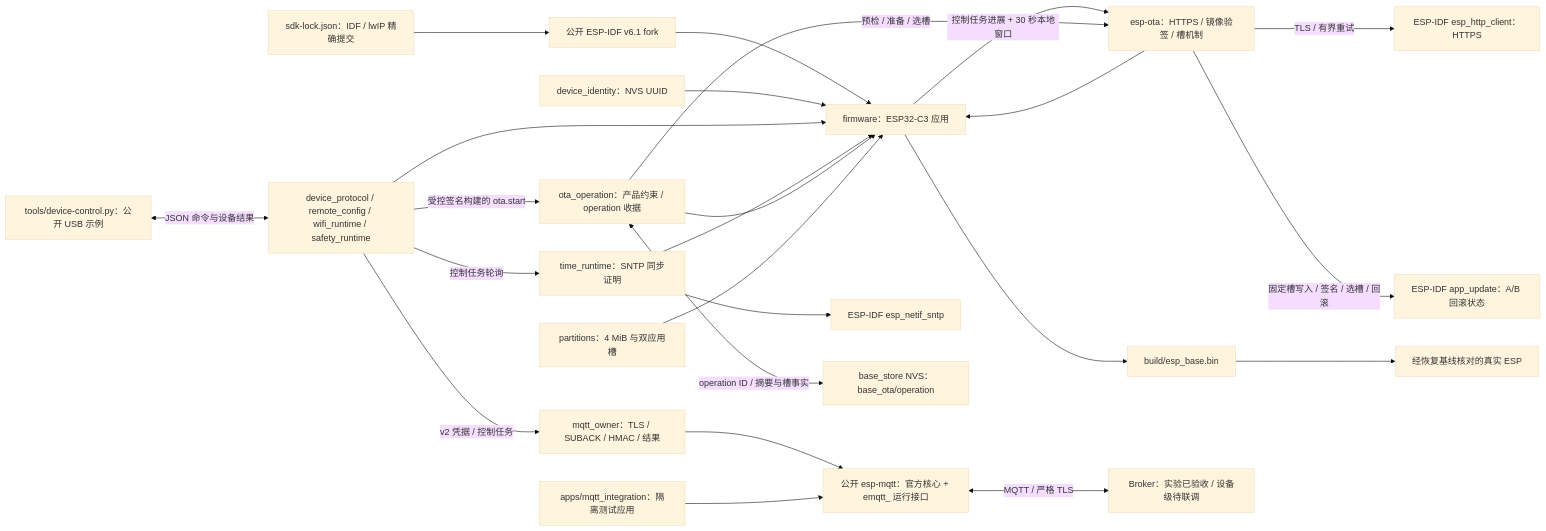
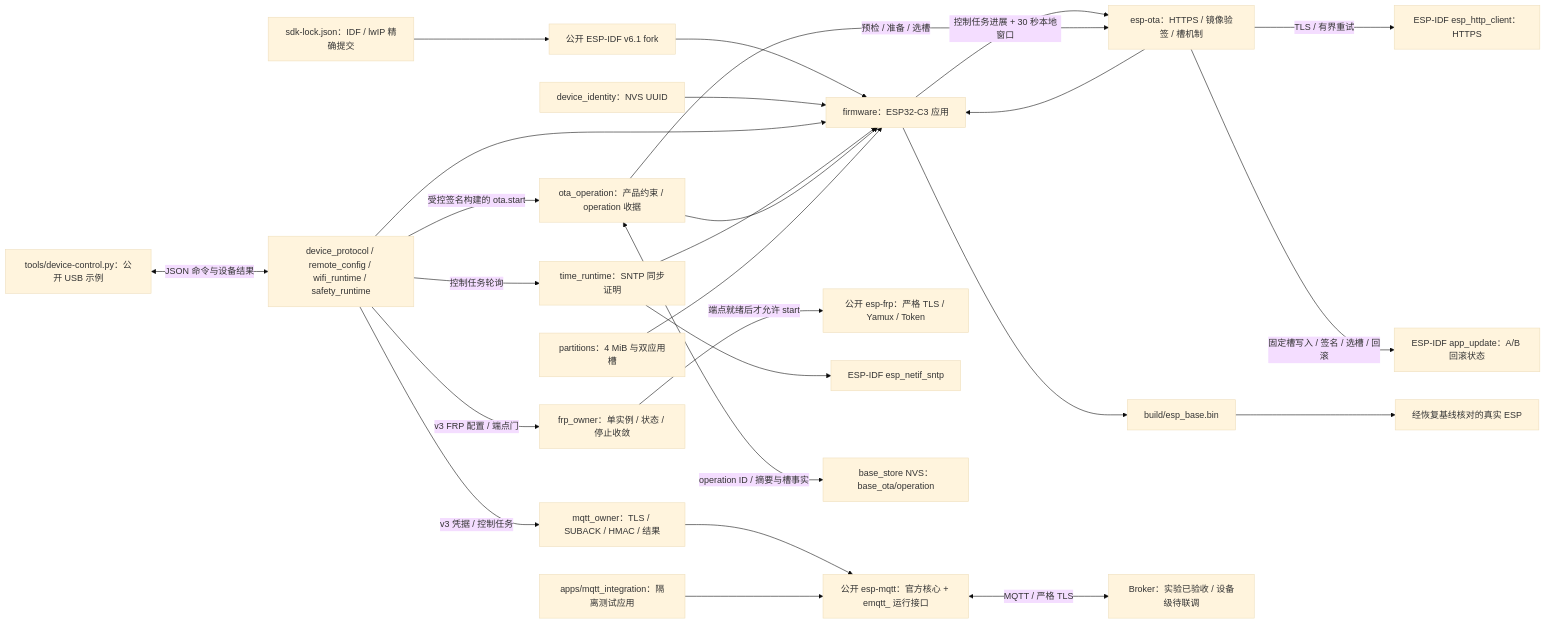
Before and after one commit to darren-you/esp-base: the diagram in README.md, drawn with Mermaid (base theme). The commit also changed other lines of this file and 31 other files, not shown here.

````diff
--- a/README.md
+++ b/README.md
@@ -7,26 +7,28 @@
 ```mermaid
 flowchart LR
     sdk_lock["sdk-lock.json：IDF / lwIP 精确提交"] --> sdk["公开 ESP-IDF v6.1 fork"]
     sdk --> firmware["firmware：ESP32-C3 应用"]
     identity["device_identity：NVS UUID"] --> firmware
     state["device_protocol / remote_config / wifi_runtime / safety_runtime"] --> firmware
-    state -->|"v2 凭据 / 控制任务"| mqtt_owner["mqtt_owner：TLS / SUBACK / HMAC / 结果"]
+    state -->|"v3 凭据 / 控制任务"| mqtt_owner["mqtt_owner：TLS / SUBACK / HMAC / 结果"]
     mqtt_owner --> mqtt
+    state -->|"v3 FRP 配置 / 端点门"| frp_owner["frp_owner：单实例 / 状态 / 停止收敛"]
+    frp_owner -->|"端点就绪后才允许 start"| frp["公开 esp-frp：严格 TLS / Yamux / Token"]
     time["time_runtime：SNTP 同步证明"] --> firmware
     state -->|"控制任务轮询"| time
     time --> idf_time["ESP-IDF esp_netif_sntp"]
     ota["esp-ota：HTTPS / 镜像验签 / 槽机制"] --> firmware
     receipt["ota_operation：产品约束 / operation 收据"] --> firmware
     firmware -->|"控制任务进展 + 30 秒本地窗口"| ota
     state -->|"受控签名构建的 ota.start"| receipt
     receipt -->|"预检 / 准备 / 选槽"| ota
     ota -->|"TLS / 有界重试"| https["ESP-IDF esp_http_client：HTTPS"]
     ota -->|"固定槽写入 / 签名 / 选槽 / 回滚"| slot["ESP-IDF app_update：A/B 回滚状态"]
     receipt <-->|"operation ID / 摘要与槽事实"| nvs["base_store NVS：base_ota/operation"]
     layout["partitions：4 MiB 与双应用槽"] --> firmware
     host["tools/device-control.py：公开 USB 示例"] <-->|"JSON 命令与设备结果"| state
     firmware --> image["build/esp_base.bin"]
     lab["apps/mqtt_integration：隔离测试应用"] --> mqtt["公开 esp-mqtt：官方核心 + emqtt_ 运行接口"]
     mqtt <-->|"MQTT / 严格 TLS"| broker["Broker：实验已验收 / 设备级待联调"]
     image --> board["经恢复基线核对的真实 ESP"]
 ```
````
